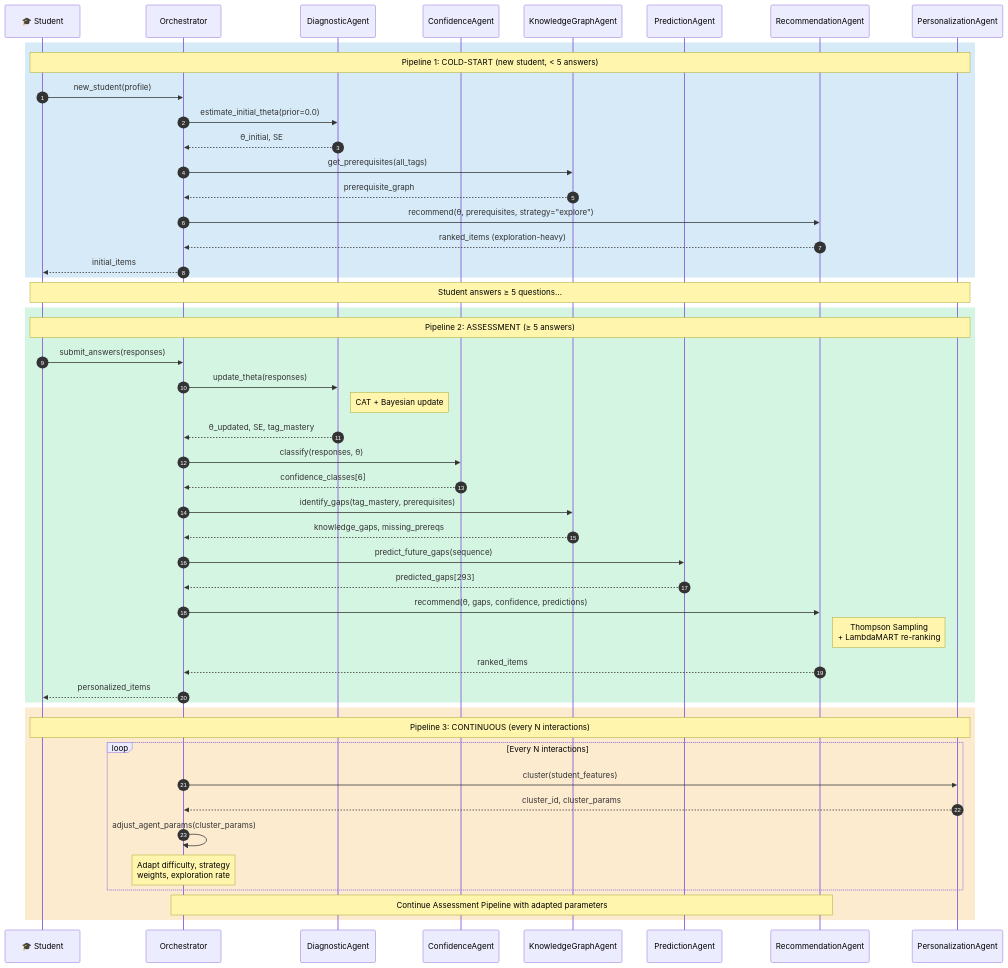
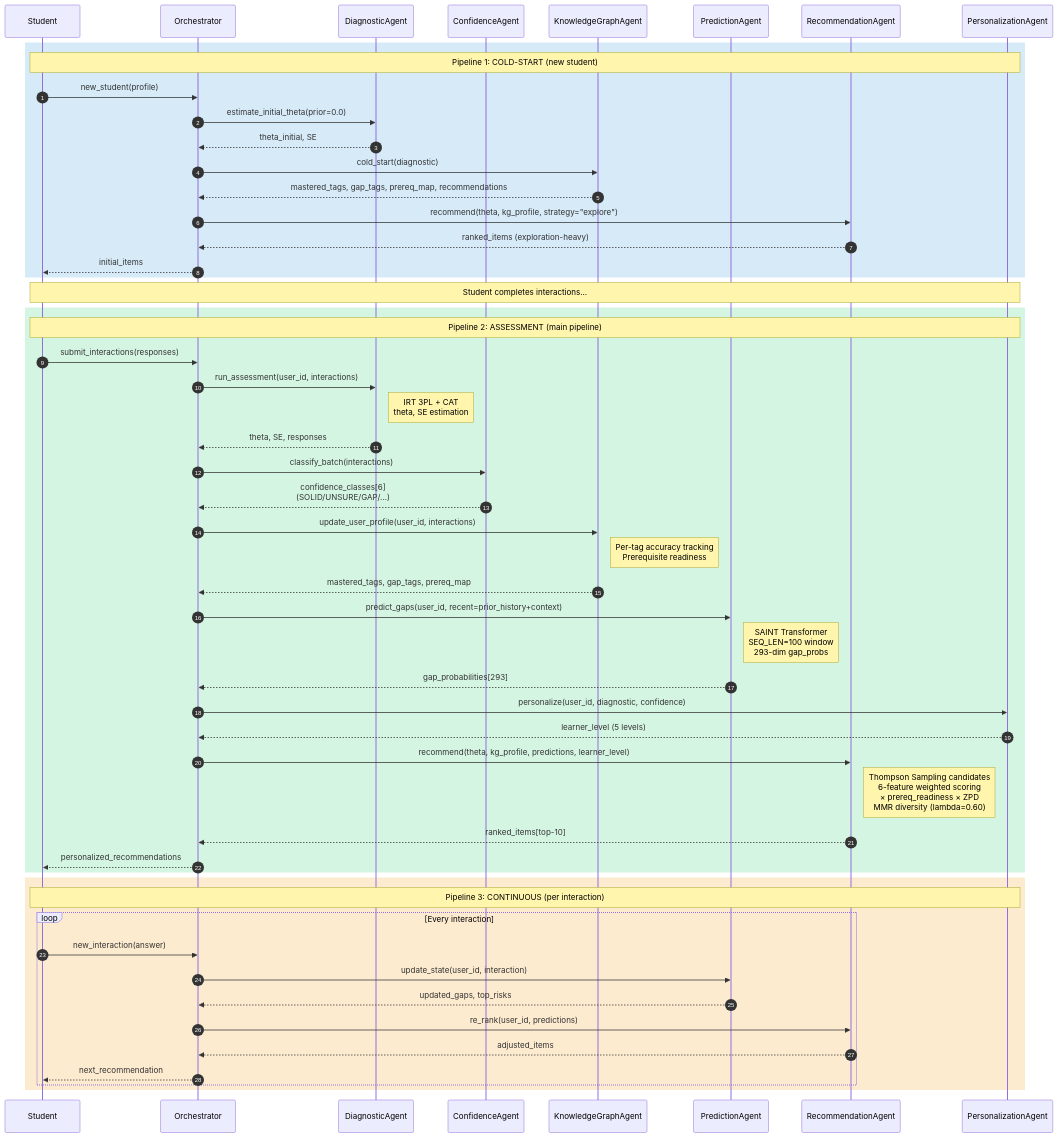
One commit to RAli2505/Rec-system changed the diagram in diagrams/orchestrator_pipelines.mermaid. Above: the diagram before and after it, drawn with Mermaid. The commit also changed 74 other files, not shown here.

```diff
--- a/diagrams/orchestrator_pipelines.mermaid
+++ b/diagrams/orchestrator_pipelines.mermaid
@@ -1,63 +1,69 @@
 sequenceDiagram
     autonumber
 
-    participant S as 🎓 Student
+    participant S as Student
     participant O as Orchestrator
     participant D as DiagnosticAgent
     participant C as ConfidenceAgent
     participant K as KnowledgeGraphAgent
     participant P as PredictionAgent
     participant R as RecommendationAgent
     participant PR as PersonalizationAgent
 
     %% ── Pipeline 1: COLD-START ──────────────────────
     rect rgb(214, 234, 248)
-        Note over S,PR: Pipeline 1: COLD-START (new student, < 5 answers)
+        Note over S,PR: Pipeline 1: COLD-START (new student)
         S->>O: new_student(profile)
         O->>D: estimate_initial_theta(prior=0.0)
-        D-->>O: θ_initial, SE
-        O->>K: get_prerequisites(all_tags)
-        K-->>O: prerequisite_graph
-        O->>R: recommend(θ, prerequisites, strategy="explore")
+        D-->>O: theta_initial, SE
+        O->>K: cold_start(diagnostic)
+        K-->>O: mastered_tags, gap_tags, prereq_map, recommendations
+        O->>R: recommend(theta, kg_profile, strategy="explore")
         R-->>O: ranked_items (exploration-heavy)
         O-->>S: initial_items
     end
 
-    Note over S,PR: Student answers ≥ 5 questions...
+    Note over S,PR: Student completes interactions...
 
     %% ── Pipeline 2: ASSESSMENT ──────────────────────
     rect rgb(213, 245, 227)
-        Note over S,PR: Pipeline 2: ASSESSMENT (≥ 5 answers)
-        S->>O: submit_answers(responses)
+        Note over S,PR: Pipeline 2: ASSESSMENT (main pipeline)
+        S->>O: submit_interactions(responses)
 
-        O->>D: update_theta(responses)
-        Note right of D: CAT + Bayesian update
-        D-->>O: θ_updated, SE, tag_mastery
+        O->>D: run_assessment(user_id, interactions)
+        Note right of D: IRT 3PL + CAT<br/>theta, SE estimation
+        D-->>O: theta, SE, responses
 
-        O->>C: classify(responses, θ)
-        C-->>O: confidence_classes[6]
+        O->>C: classify_batch(interactions)
+        C-->>O: confidence_classes[6]<br/>(SOLID/UNSURE/GAP/...)
 
-        O->>K: identify_gaps(tag_mastery, prerequisites)
-        K-->>O: knowledge_gaps, missing_prereqs
+        O->>K: update_user_profile(user_id, interactions)
+        Note right of K: Per-tag accuracy tracking<br/>Prerequisite readiness
+        K-->>O: mastered_tags, gap_tags, prereq_map
 
-        O->>P: predict_future_gaps(sequence)
-        P-->>O: predicted_gaps[293]
+        O->>P: predict_gaps(user_id, recent=prior_history+context)
+        Note right of P: SAINT Transformer<br/>SEQ_LEN=100 window<br/>293-dim gap_probs
+        P-->>O: gap_probabilities[293]
 
-        O->>R: recommend(θ, gaps, confidence, predictions)
-        Note right of R: Thompson Sampling<br/>+ LambdaMART re-ranking
-        R-->>O: ranked_items
+        O->>PR: personalize(user_id, diagnostic, confidence)
+        PR-->>O: learner_level (5 levels)
 
-        O-->>S: personalized_items
+        O->>R: recommend(theta, kg_profile, predictions, learner_level)
+        Note right of R: Thompson Sampling candidates<br/>6-feature weighted scoring<br/>× prereq_readiness × ZPD<br/>MMR diversity (lambda=0.60)
+        R-->>O: ranked_items[top-10]
+
+        O-->>S: personalized_recommendations
     end
 
     %% ── Pipeline 3: CONTINUOUS ──────────────────────
     rect rgb(253, 235, 208)
-        Note over S,PR: Pipeline 3: CONTINUOUS (every N interactions)
-        loop Every N interactions
-            O->>PR: cluster(student_features)
-            PR-->>O: cluster_id, cluster_params
-            O->>O: adjust_agent_params(cluster_params)
-            Note over O: Adapt difficulty, strategy<br/>weights, exploration rate
+        Note over S,PR: Pipeline 3: CONTINUOUS (per interaction)
+        loop Every interaction
+            S->>O: new_interaction(answer)
+            O->>P: update_state(user_id, interaction)
+            P-->>O: updated_gaps, top_risks
+            O->>R: re_rank(user_id, predictions)
+            R-->>O: adjusted_items
+            O-->>S: next_recommendation
         end
-        Note over O,R: Continue Assessment Pipeline with adapted parameters
     end
```
